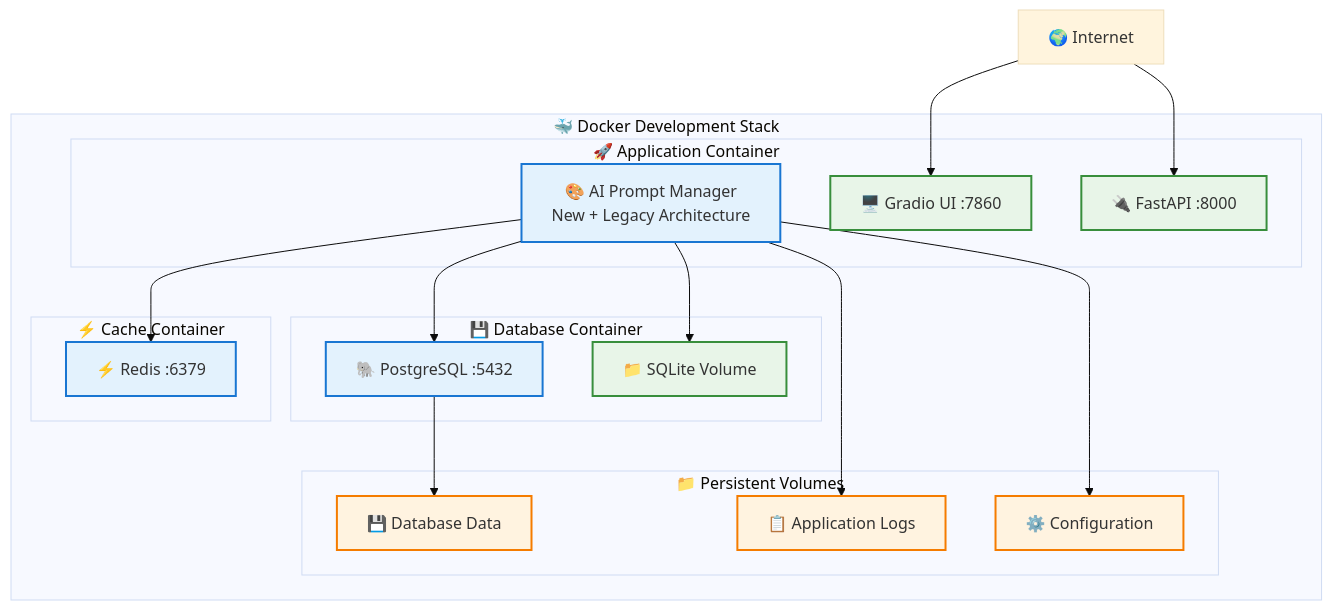
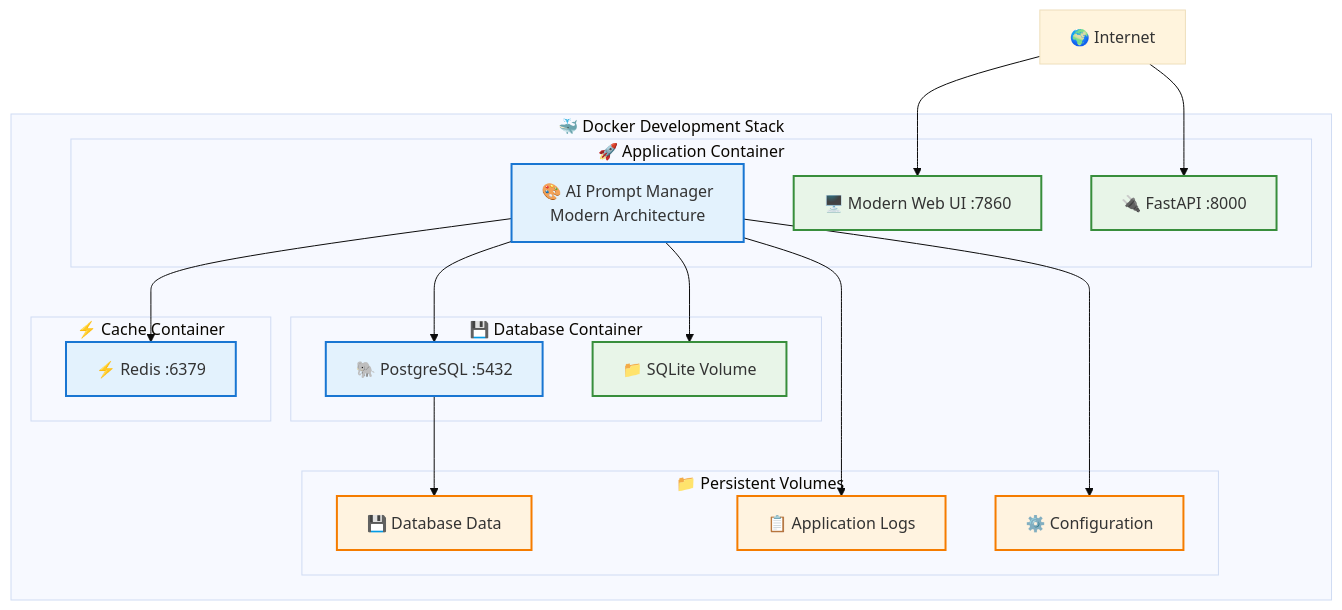
Before and after one commit to MakerCorn/ai-prompt-manager: the ninth of 16 diagrams in docs/ARCHITECTURE.md, drawn with Mermaid (base theme). The commit also changed other lines of this file and 4 other files, not shown here.

````diff
--- a/docs/ARCHITECTURE.md
+++ b/docs/ARCHITECTURE.md
@@ -567,44 +567,44 @@
 ```mermaid
 graph TB
     subgraph "🐳 Docker Development Stack"
         subgraph "🚀 Application Container"
-            APP[🎨 AI Prompt Manager<br/>New + Legacy Architecture]
-            GRADIO[🖥️ Gradio UI :7860]
+            APP[🎨 AI Prompt Manager<br/>Modern Architecture]
+            WEBUI[🖥️ Modern Web UI :7860]
             API[🔌 FastAPI :8000]
         end
         
         subgraph "💾 Database Container"
             POSTGRES[🐘 PostgreSQL :5432]
             SQLITE[📁 SQLite Volume]
         end
         
         subgraph "⚡ Cache Container"
             REDIS[⚡ Redis :6379]
         end
         
         subgraph "📁 Persistent Volumes"
             DB_DATA[💾 Database Data]
             APP_LOGS[📋 Application Logs]
             CONFIG_VOL[⚙️ Configuration]
         end
     end
 
-    INTERNET[🌍 Internet] --> GRADIO
+    INTERNET[🌍 Internet] --> WEBUI
     INTERNET --> API
     
     APP --> POSTGRES
     APP --> SQLITE
     APP --> REDIS
     
     POSTGRES --> DB_DATA
     APP --> APP_LOGS
     APP --> CONFIG_VOL
 
     classDef container fill:#e3f2fd,stroke:#1976d2,stroke-width:2px
     classDef service fill:#e8f5e8,stroke:#388e3c,stroke-width:2px
     classDef volume fill:#fff3e0,stroke:#f57c00,stroke-width:2px
 
     class APP,POSTGRES,REDIS container
-    class GRADIO,API,SQLITE service
+    class WEBUI,API,SQLITE service
     class DB_DATA,APP_LOGS,CONFIG_VOL volume
 ```
````
